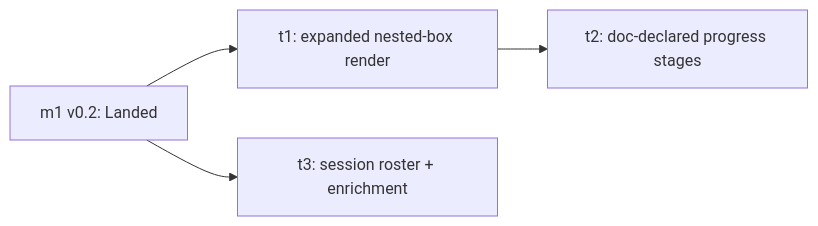
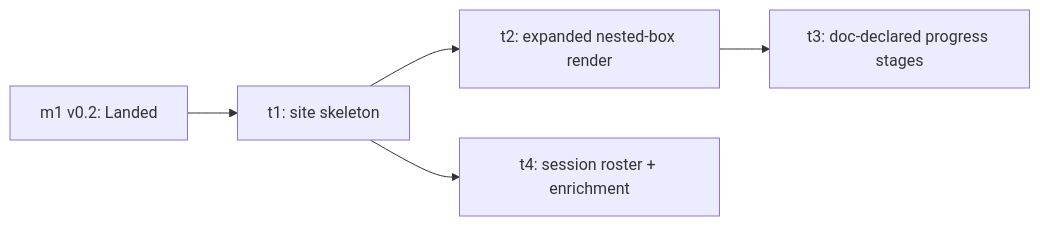
Before and after one commit to kcrobinson-1/workstream-tracker: the diagram in docs/plans/workstream-tracker-1-0/m2-expanded-view-and-roster.md, drawn with Mermaid. The commit also changed other lines of this file and 2 other files, not shown here.

First line of the commit message:
docs(workstream-tracker-1-0-m2): approve target mock; restructure to skeleton-first 4-task breakdown

````diff
--- a/docs/plans/workstream-tracker-1-0/m2-expanded-view-and-roster.md
+++ b/docs/plans/workstream-tracker-1-0/m2-expanded-view-and-roster.md
@@ -92,6 +121,7 @@
 ```mermaid
 flowchart LR
-    m1[m1 v0.2: Landed] --> t1[t1: expanded nested-box render]
-    m1 --> t3[t3: session roster + enrichment]
-    t1 --> t2[t2: doc-declared progress stages]
+    m1[m1 v0.2: Landed] --> t1[t1: site skeleton]
+    t1 --> t2[t2: expanded nested-box render]
+    t1 --> t4[t4: session roster + enrichment]
+    t2 --> t3[t3: doc-declared progress stages]
 ```
````
